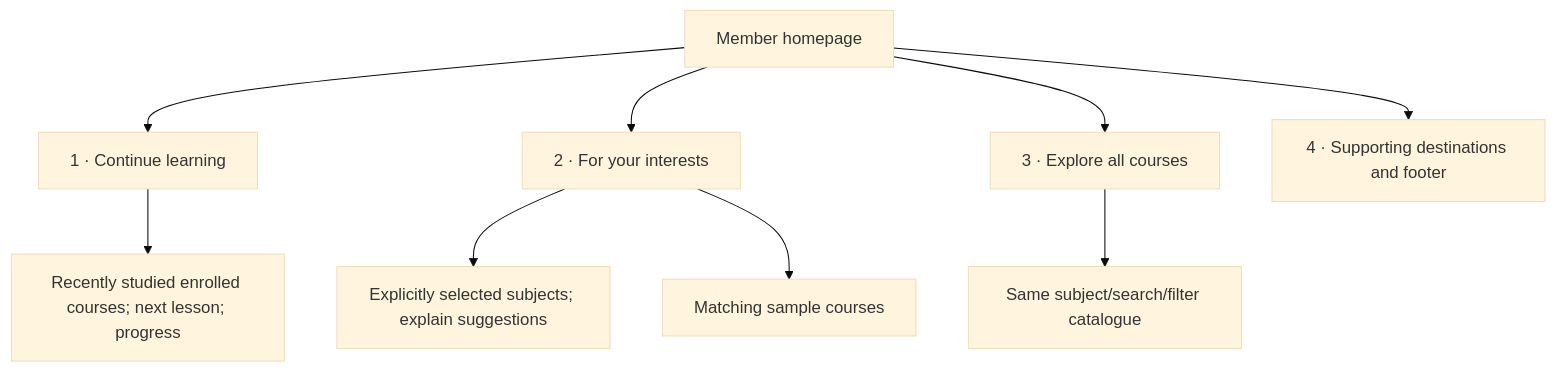
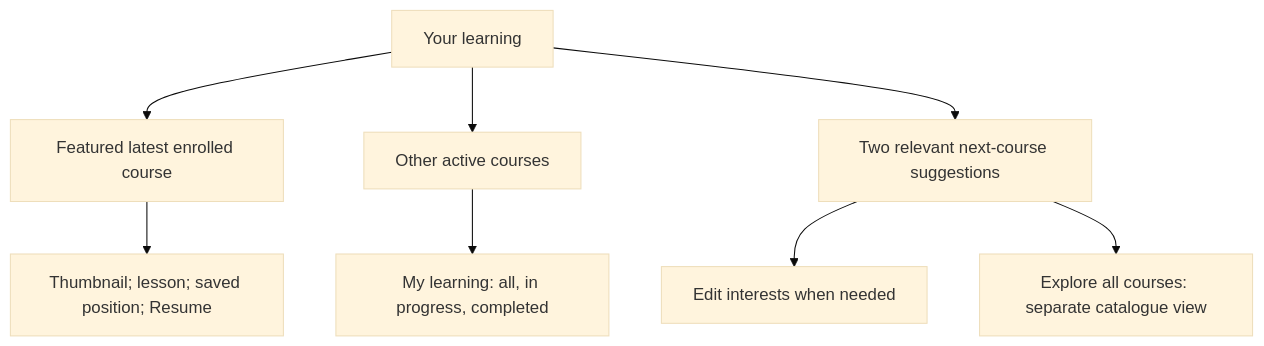
Before and after one commit to Physcratic/physcratic: the third of 11 diagrams in docs/engineering/TEST_PAGE_HIERARCHIES.md, drawn with Mermaid (base theme). The commit also changed other lines of this file and 3 other files, not shown here.

Commit message:
feat: focus learner homepage on resuming study and enrolled-course management

````diff
--- a/docs/engineering/TEST_PAGE_HIERARCHIES.md
+++ b/docs/engineering/TEST_PAGE_HIERARCHIES.md
@@ -140,16 +140,14 @@
 ```mermaid
 flowchart TD
-  page["Member homepage"]
-  recent["1 · Continue learning"]
-  interest["2 · For your interests"]
-  browse["3 · Explore all courses"]
-  support["4 · Supporting destinations and footer"]
-  page --> recent
-  page --> interest
-  page --> browse
-  page --> support
-  recent --> enrolled["Recently studied enrolled courses; next lesson; progress"]
-  interest --> choices["Explicitly selected subjects; explain suggestions"]
-  interest --> suggestions["Matching sample courses"]
-  browse --> catalogue["Same subject/search/filter catalogue"]
+  home["Your learning"]
+  latest["Featured latest enrolled course"]
+  others["Other active courses"]
+  discovery["Two relevant next-course suggestions"]
+  home --> latest
+  home --> others
+  home --> discovery
+  latest --> resume["Thumbnail; lesson; saved position; Resume"]
+  others --> learning["My learning: all, in progress, completed"]
+  discovery --> interests["Edit interests when needed"]
+  discovery --> catalogue["Explore all courses: separate catalogue view"]
 ```
````
